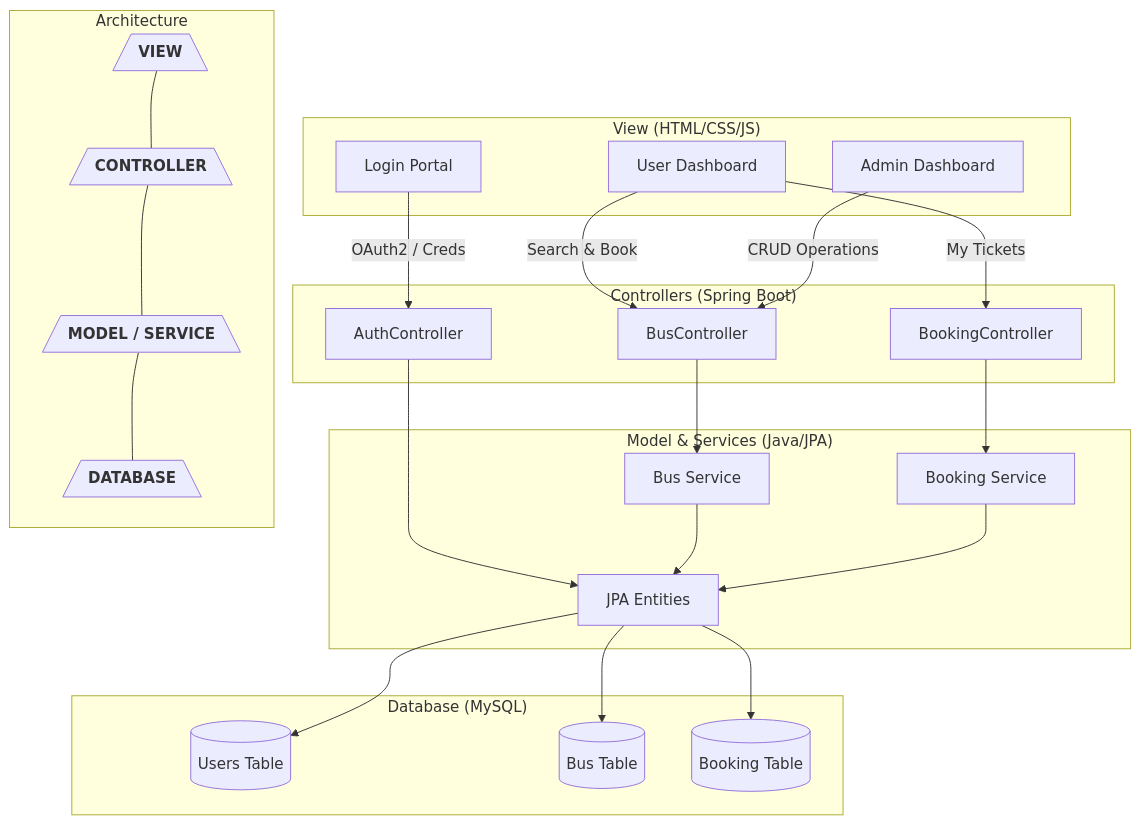
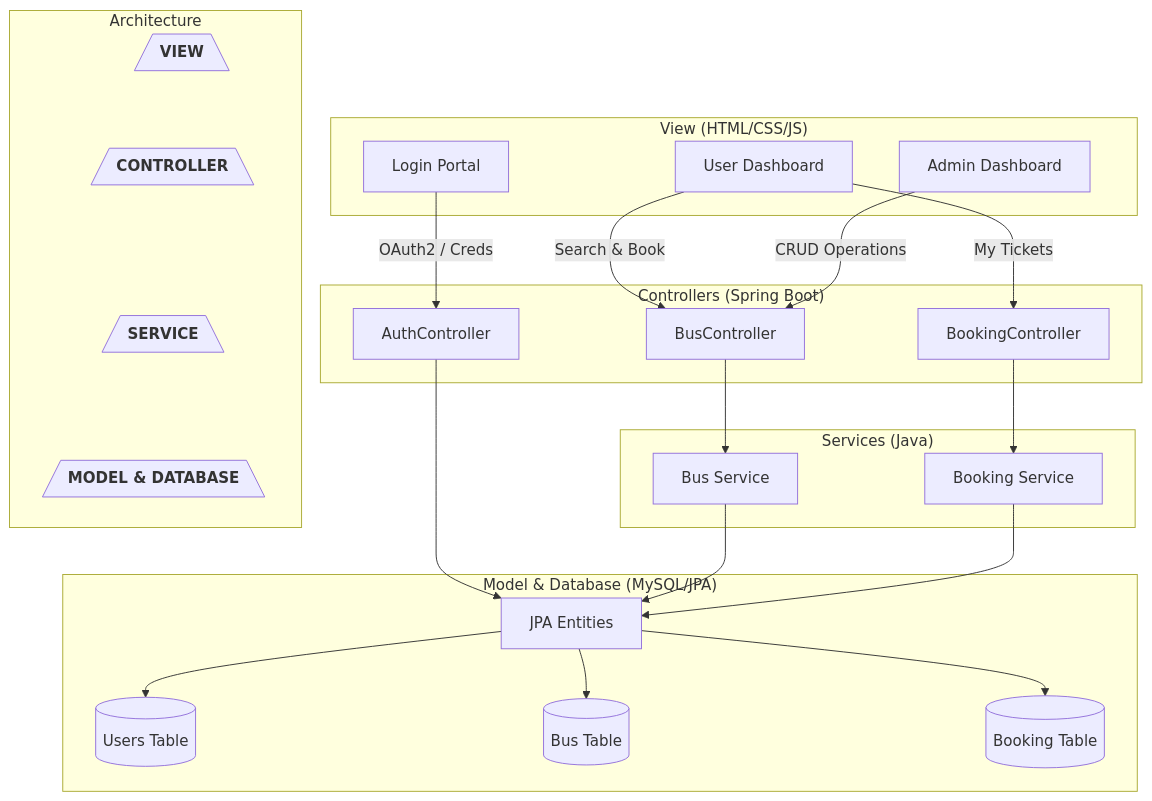
Before and after one commit to Gokulraj-N80/Bus-Booking-System: the diagram in README.md, drawn with Mermaid.

Commit message:
Add Diagram

````diff
--- a/README.md
+++ b/README.md
@@ -82,63 +82,65 @@
 ```mermaid
 graph TD
     %% Left Side Layer Labels
     subgraph Layers ["Architecture"]
         L1[/"<b>VIEW</b>"\]
         L2[/"<b>CONTROLLER</b>"\]
-        L3[/"<b>MODEL / SERVICE</b>"\]
-        L4[/"<b>DATABASE</b>"\]
+        L3[/"<b>SERVICE</b>"\]
+        L4[/"<b>MODEL & DATABASE</b>"\]
         
-        L1 --- L2 --- L3 --- L4
+        L1 ~~~ L2
+        L2 ~~~ L3
+        L3 ~~~ L4
     end
 
     %% Frontend / View Layer
     subgraph View ["View (HTML/CSS/JS)"]
         UI_Home[Login Portal]
         UI_User[User Dashboard]
         UI_Admin[Admin Dashboard]
     end
 
     %% Controller Layer
     subgraph Controllers ["Controllers (Spring Boot)"]
         Ctrl_Auth[AuthController]
         Ctrl_Bus[BusController]
         Ctrl_Booking[BookingController]
     end
 
-    %% Model / Service Layer
-    subgraph Model ["Model & Services (Java/JPA)"]
+    %% Service Layer
+    subgraph Services ["Services (Java)"]
         Svc_Bus[Bus Service]
         Svc_Book[Booking Service]
-        Entity[JPA Entities]
     end
 
-    %% Database Layer
-    subgraph Database ["Database (MySQL)"]
+    %% Model and Database Layer
+    subgraph ModelDatabase ["Model & Database (MySQL/JPA)"]
+        Entity[JPA Entities]
         DB_Users[(Users Table)]
         DB_Bus[(Bus Table)]
         DB_Booking[(Booking Table)]
     end
 
     %% Invisible alignment links to force left-side placement
     L1 ~~~ UI_Home
     L2 ~~~ Ctrl_Auth
     L3 ~~~ Svc_Bus
-    L4 ~~~ DB_Users
+    L4 ~~~ Entity
 
     %% Connections
     UI_Home -->|OAuth2 / Creds| Ctrl_Auth
     UI_User -->|Search & Book| Ctrl_Bus
     UI_User -->|My Tickets| Ctrl_Booking
     UI_Admin -->|CRUD Operations| Ctrl_Bus
 
     Ctrl_Auth --> Entity
     Ctrl_Bus --> Svc_Bus
     Ctrl_Booking --> Svc_Book
 
     Svc_Bus --> Entity
     Svc_Book --> Entity
 
     Entity --> DB_Users
     Entity --> DB_Bus
     Entity --> DB_Booking
 ```
````
